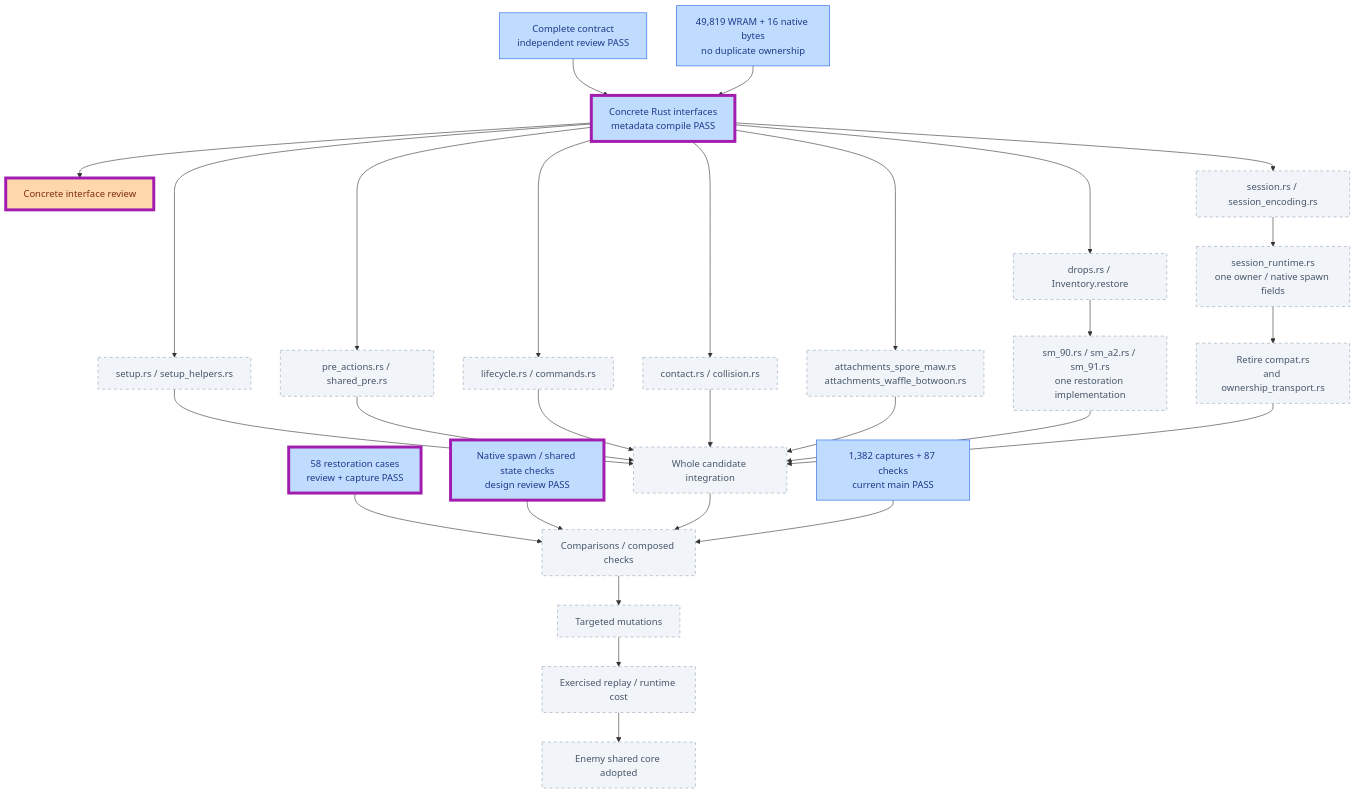
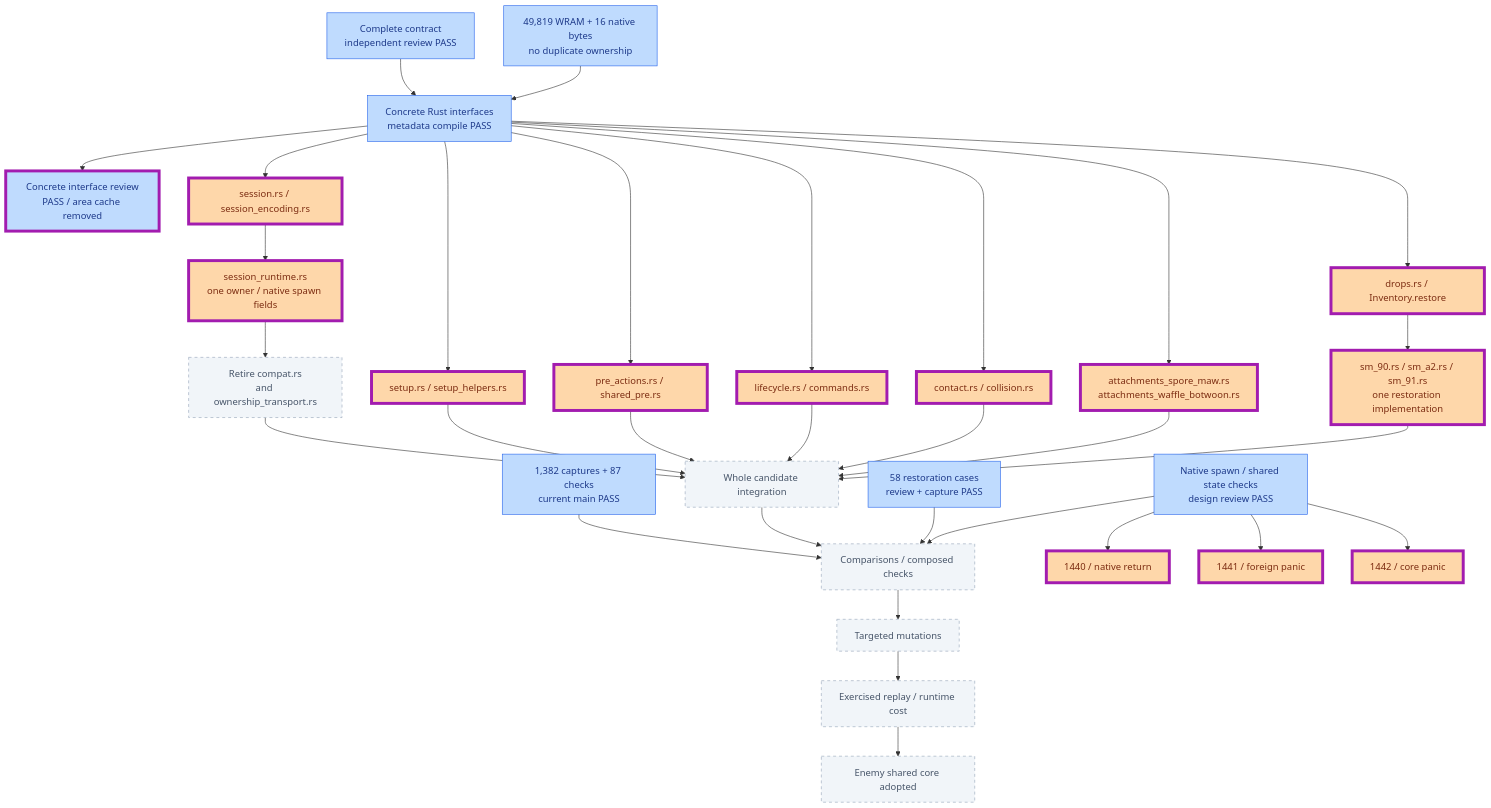
The first of 10 diagrams in PROGRESS.md (JimLundin/sm-decomp), drawn with Mermaid before and after one commit. The commit also changed 2 other files, not shown here.

Commit message:
Start four enemy Session lanes after reviewed declaration compile

````diff
--- a/PROGRESS.md
+++ b/PROGRESS.md
@@ -12,38 +12,41 @@
 ```mermaid
 flowchart TB
     CONTRACT["Complete contract<br/>independent review PASS"]:::checked
     UNION["49,819 WRAM + 16 native bytes<br/>no duplicate ownership"]:::checked
     CONTRACT --> API["Concrete Rust interfaces<br/>metadata compile PASS"]:::checked
-    API --> REVIEW["Concrete interface review"]:::active
+    API --> REVIEW["Concrete interface review<br/>PASS / area cache removed"]:::checked
     UNION --> API
     REF["1,382 captures + 87 checks<br/>current main PASS"]:::checked
-    API --> S["session.rs / session_encoding.rs"]:::pending
-    S --> R["session_runtime.rs<br/>one owner / native spawn fields"]:::pending
-    API --> SETUP["setup.rs / setup_helpers.rs"]:::pending
-    API --> PRE["pre_actions.rs / shared_pre.rs"]:::pending
-    API --> LIFE["lifecycle.rs / commands.rs"]:::pending
-    API --> CONTACT["contact.rs / collision.rs"]:::pending
-    API --> ATTACH["attachments_spore_maw.rs<br/>attachments_waffle_botwoon.rs"]:::pending
-    API --> DROP["drops.rs / Inventory.restore"]:::pending
-    DROP --> CALL["sm_90.rs / sm_a2.rs / sm_91.rs<br/>one restoration implementation"]:::pending
+    API --> S["session.rs / session_encoding.rs"]:::active
+    S --> R["session_runtime.rs<br/>one owner / native spawn fields"]:::active
+    API --> SETUP["setup.rs / setup_helpers.rs"]:::active
+    API --> PRE["pre_actions.rs / shared_pre.rs"]:::active
+    API --> LIFE["lifecycle.rs / commands.rs"]:::active
+    API --> CONTACT["contact.rs / collision.rs"]:::active
+    API --> ATTACH["attachments_spore_maw.rs<br/>attachments_waffle_botwoon.rs"]:::active
+    API --> DROP["drops.rs / Inventory.restore"]:::active
+    DROP --> CALL["sm_90.rs / sm_a2.rs / sm_91.rs<br/>one restoration implementation"]:::active
     R --> RETIRE["Retire compat.rs<br/>and ownership_transport.rs"]:::pending
     SETUP --> MERGE["Whole candidate integration"]:::pending
     PRE --> MERGE
     LIFE --> MERGE
     CONTACT --> MERGE
     ATTACH --> MERGE
     CALL --> MERGE
     RETIRE --> MERGE
     RESTORE["58 restoration cases<br/>review + capture PASS"]:::checked --> VERIFY["Comparisons / composed checks"]:::pending
     NATIVE["Native spawn / shared state checks<br/>design review PASS"]:::checked --> VERIFY
+    NATIVE --> NRET["1440 / native return"]:::active
+    NATIVE --> NPANIC["1441 / foreign panic"]:::active
+    NATIVE --> CPANIC["1442 / core panic"]:::active
     MERGE --> VERIFY
     REF --> VERIFY
     VERIFY --> MUT["Targeted mutations"]:::pending
     MUT --> PLAY["Exercised replay / runtime cost"]:::pending
     PLAY --> ADOPT["Enemy shared core adopted"]:::pending
-    class API,REVIEW,RESTORE,NATIVE changed
+    class REVIEW,S,R,SETUP,PRE,LIFE,CONTACT,ATTACH,DROP,CALL,NRET,NPANIC,CPANIC changed
     classDef checked fill:#bfdbfe,stroke:#2563eb,color:#1e3a8a
     classDef active fill:#fed7aa,stroke:#ea580c,color:#7c2d12
     classDef pending fill:#f1f5f9,stroke:#94a3b8,color:#475569,stroke-dasharray:5 5
     classDef changed stroke:#a21caf,stroke-width:5px
 ```
````
